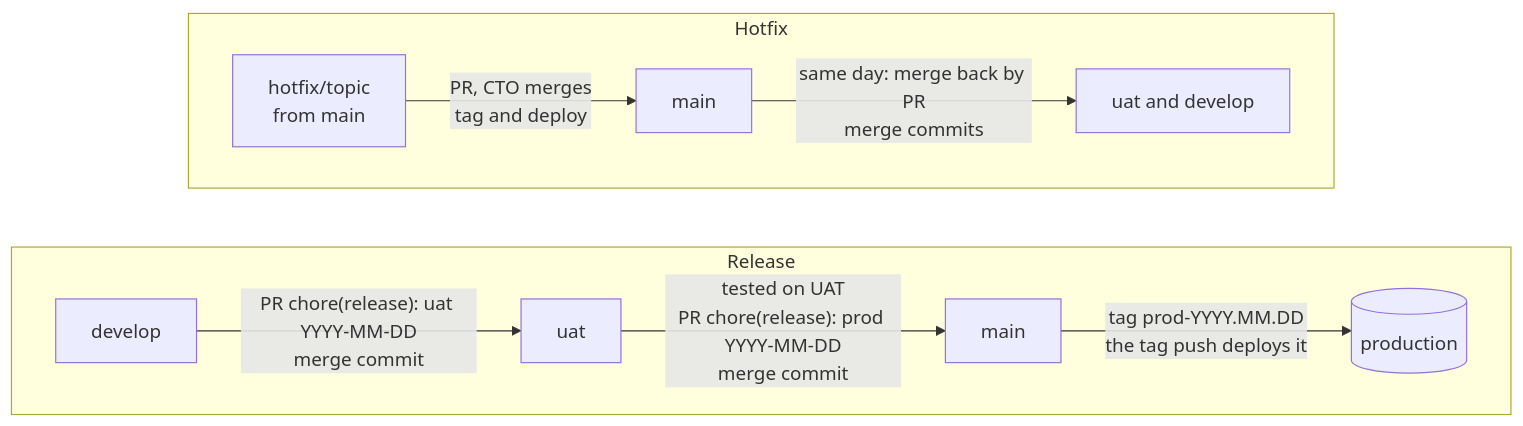
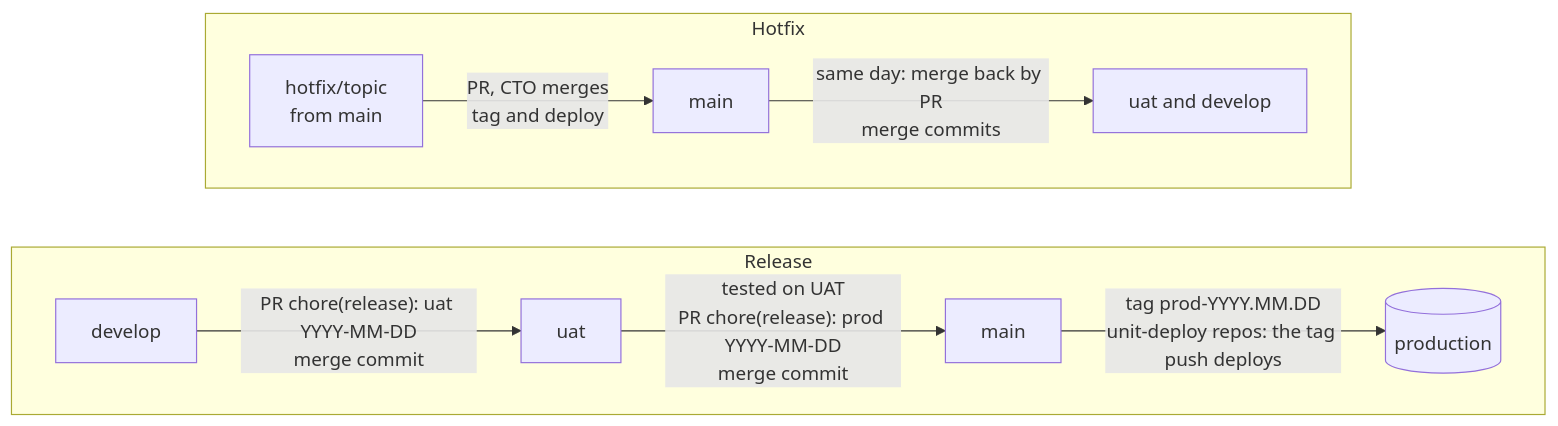
One commit to Jacob-Valor/paperplane-engineering-workflow-skills changed the second of 2 diagrams in README.md. Above: the diagram before and after it, drawn with Mermaid. The commit also changed other lines of this file and 23 other files, not shown here.

````diff
--- a/README.md
+++ b/README.md
@@ -149,14 +149,14 @@
 ```mermaid
 flowchart LR
   subgraph release["Release"]
     direction LR
     D[develop] -->|"PR chore(release): uat YYYY-MM-DD<br/>merge commit"| U[uat]
     U -->|"tested on UAT<br/>PR chore(release): prod YYYY-MM-DD<br/>merge commit"| M[main]
-    M -->|"tag prod-YYYY.MM.DD<br/>the tag push deploys it"| P[(production)]
+    M -->|"tag prod-YYYY.MM.DD<br/>unit-deploy repos: the tag push deploys"| P[(production)]
   end
   subgraph hotfix["Hotfix"]
     direction LR
     H["hotfix/topic<br/>from main"] -->|"PR, CTO merges<br/>tag and deploy"| HM[main]
     HM -->|"same day: merge back by PR<br/>merge commits"| B["uat and develop"]
   end
 ```
````
